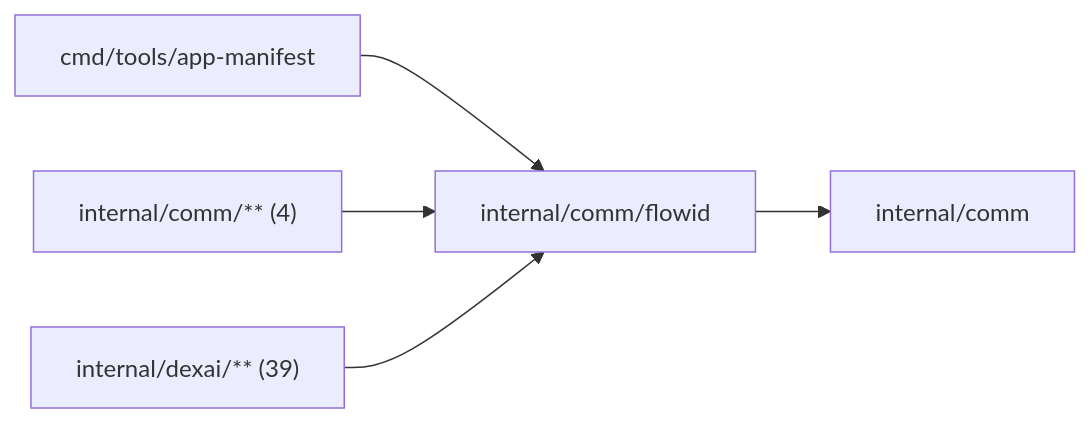
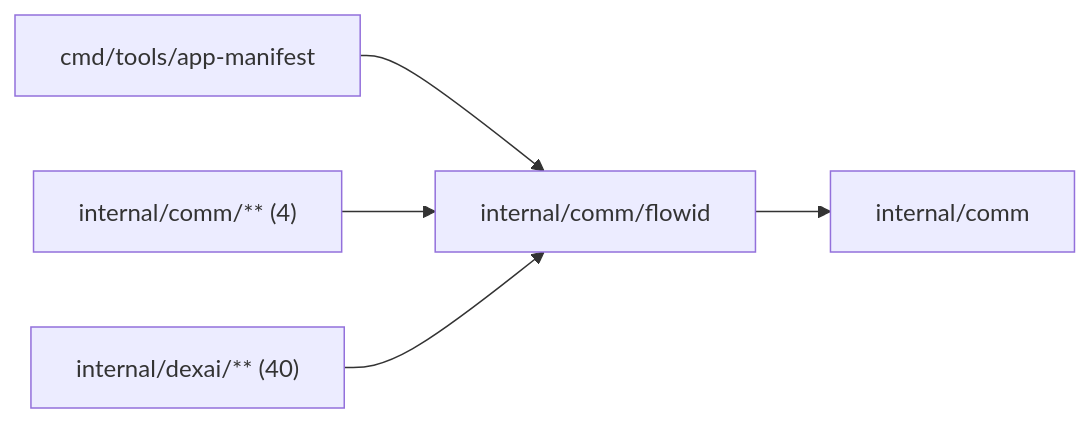
The diagram in internal/comm/flowid/README.md (superdurable/superverse), drawn with Mermaid before and after one commit. The commit also changed other lines of this file and 167 other files, not shown here.

````diff
--- a/internal/comm/flowid/README.md
+++ b/internal/comm/flowid/README.md
@@ -10,8 +10,8 @@
 ```mermaid
 flowchart LR
   self["internal/comm/flowid"]
   c0["cmd/tools/app-manifest"] --> self
   c1["internal/comm/** (4)"] --> self
-  c2["internal/dexai/** (39)"] --> self
+  c2["internal/dexai/** (40)"] --> self
   self --> d0["internal/comm"]
 ```
````
